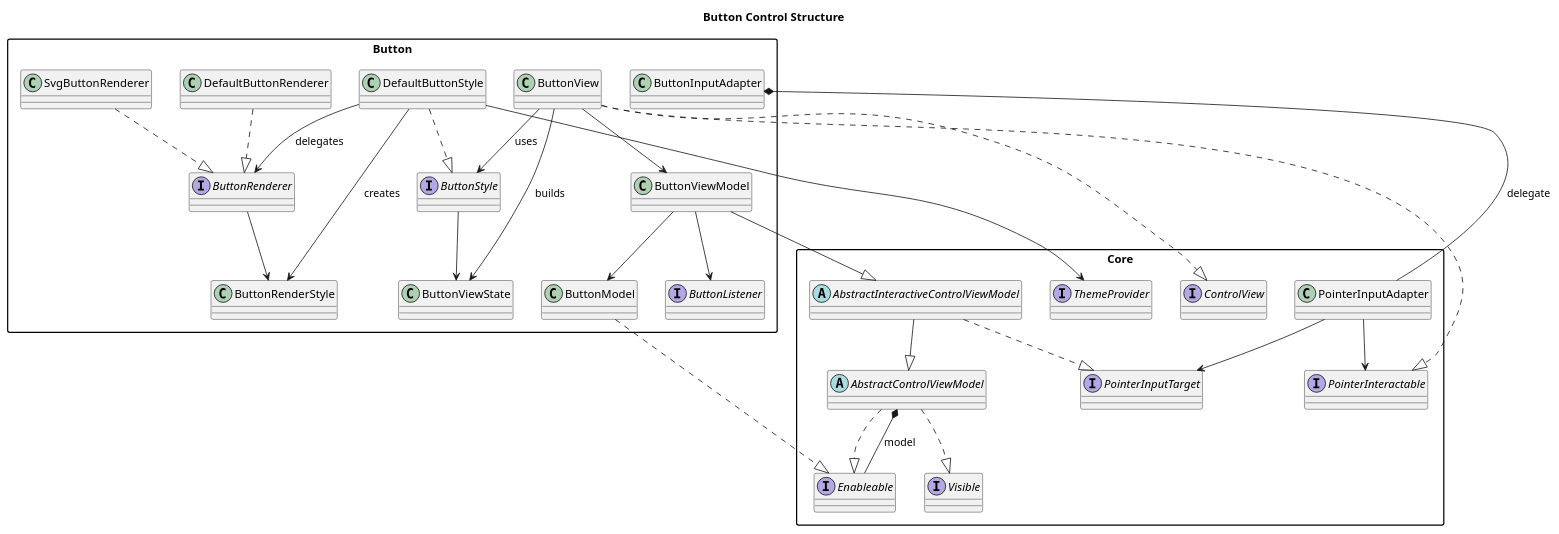
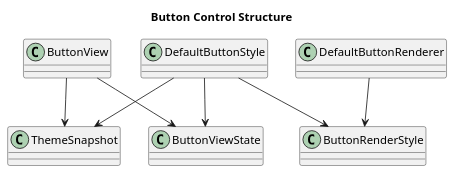
Before and after one commit to cdpoloz/cpz-mvvm-processing-controls: the diagram in docs/uml/control_button.puml, drawn with PlantUML. The commit also changed 53 other files, not shown here.

```diff
--- a/docs/uml/control_button.puml
+++ b/docs/uml/control_button.puml
@@ -1,58 +1,19 @@
 @startuml
 title Button Control Structure
 skinparam packageStyle rectangle
 skinparam shadowing false
 
-package "Core" {
-  interface Enableable
-  interface Visible
-  interface ControlView
-  interface PointerInputTarget
-  interface PointerInteractable
-  abstract class AbstractControlViewModel
-  abstract class AbstractInteractiveControlViewModel
-  class PointerInputAdapter
-  interface ThemeProvider
-}
+class ButtonView
+class ButtonViewState
+class DefaultButtonStyle
+class ButtonRenderStyle
+class DefaultButtonRenderer
+class ThemeSnapshot
 
-package "Button" {
-  class ButtonModel
-  class ButtonViewModel
-  class ButtonView
-  class ButtonInputAdapter
-  class ButtonViewState
-  interface ButtonStyle
-  class DefaultButtonStyle
-  class ButtonRenderStyle
-  interface ButtonRenderer
-  class DefaultButtonRenderer
-  class SvgButtonRenderer
-  interface ButtonListener
-}
-
-AbstractControlViewModel ..|> Visible
-AbstractControlViewModel ..|> Enableable
-AbstractInteractiveControlViewModel --|> AbstractControlViewModel
-AbstractInteractiveControlViewModel ..|> PointerInputTarget
-ButtonModel ..|> Enableable
-ButtonViewModel --|> AbstractInteractiveControlViewModel
-ButtonView ..|> ControlView
-ButtonView ..|> PointerInteractable
-AbstractControlViewModel *-- Enableable : model
-ButtonView --> ButtonViewModel
-ButtonView --> ButtonViewState : builds
-ButtonView --> ButtonStyle : uses
-ButtonStyle --> ButtonViewState
-DefaultButtonStyle ..|> ButtonStyle
-DefaultButtonStyle --> ButtonRenderStyle : creates
-DefaultButtonStyle --> ButtonRenderer : delegates
-DefaultButtonStyle --> ThemeProvider
-ButtonRenderer --> ButtonRenderStyle
-DefaultButtonRenderer ..|> ButtonRenderer
-SvgButtonRenderer ..|> ButtonRenderer
-PointerInputAdapter --> PointerInteractable
-PointerInputAdapter --> PointerInputTarget
-ButtonInputAdapter *-- PointerInputAdapter : delegate
-ButtonViewModel --> ButtonModel
-ButtonViewModel --> ButtonListener
+ButtonView --> ButtonViewState
+ButtonView --> ThemeSnapshot
+DefaultButtonStyle --> ButtonViewState
+DefaultButtonStyle --> ThemeSnapshot
+DefaultButtonStyle --> ButtonRenderStyle
+DefaultButtonRenderer --> ButtonRenderStyle
 @enduml
```
